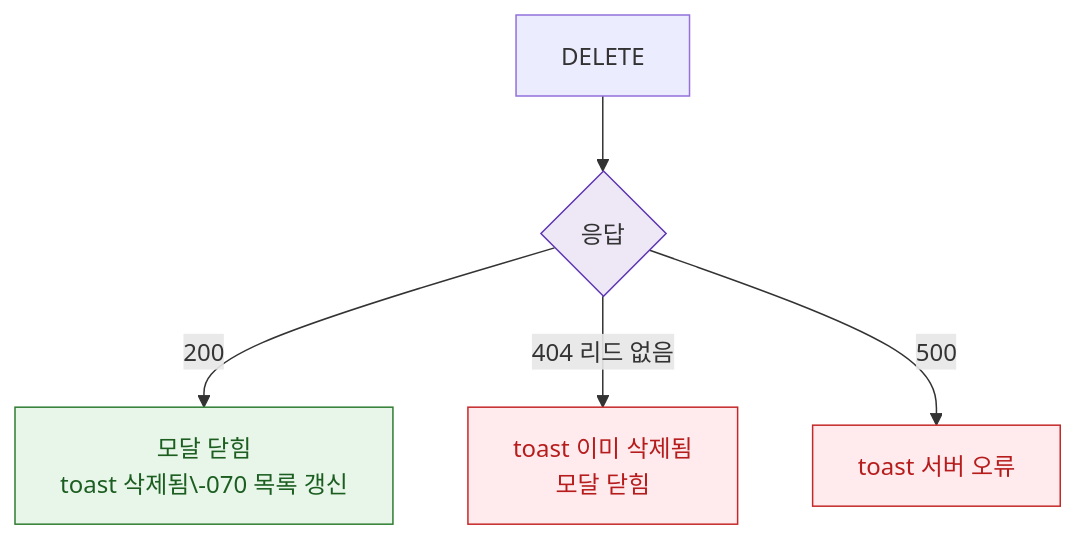
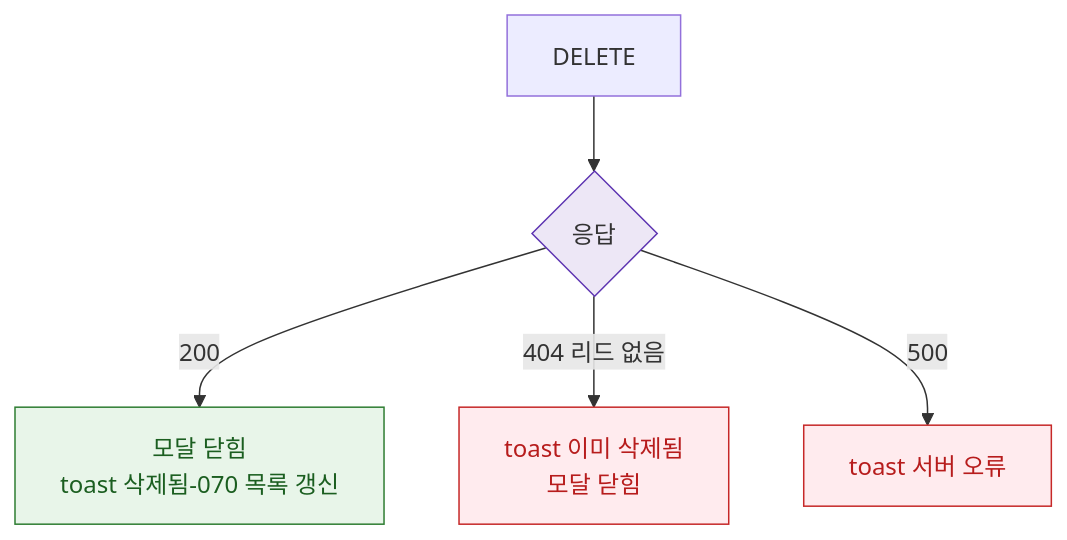
Before and after one commit to dev-spogym/admin-pando: the diagram in docs/admin/다이어그램/D08_마케팅/DLG/DLG-070-002_리드삭제확인/M3_결과분기.md, drawn with Mermaid. The commit also changed 369 other files, not shown here.

````diff
--- a/docs/admin/다이어그램/D08_마케팅/DLG/DLG-070-002_리드삭제확인/M3_결과분기.md
+++ b/docs/admin/다이어그램/D08_마케팅/DLG/DLG-070-002_리드삭제확인/M3_결과분기.md
@@ -12,15 +12,15 @@
 ```mermaid
 flowchart TD
   API[DELETE] --> RESP{응답}
-  RESP -->|200|OK[모달 닫힘\ntoast 삭제됨\-070 목록 갱신]
+  RESP -->|200|OK[모달 닫힘\ntoast 삭제됨-070 목록 갱신]
   RESP -->|404 리드 없음|ERR_404[toast 이미 삭제됨\n모달 닫힘]
   RESP -->|500|ERR_500[toast 서버 오류]
 
   classDef success fill:#E8F5E9,stroke:#2E7D32,color:#1B5E20
   classDef error fill:#FFEBEE,stroke:#C62828,color:#B71C1C
   classDef system fill:#EDE7F6,stroke:#5E35B2
 
   class OK success
   class ERR_404,ERR_500 error
   class RESP system
 ```
````
